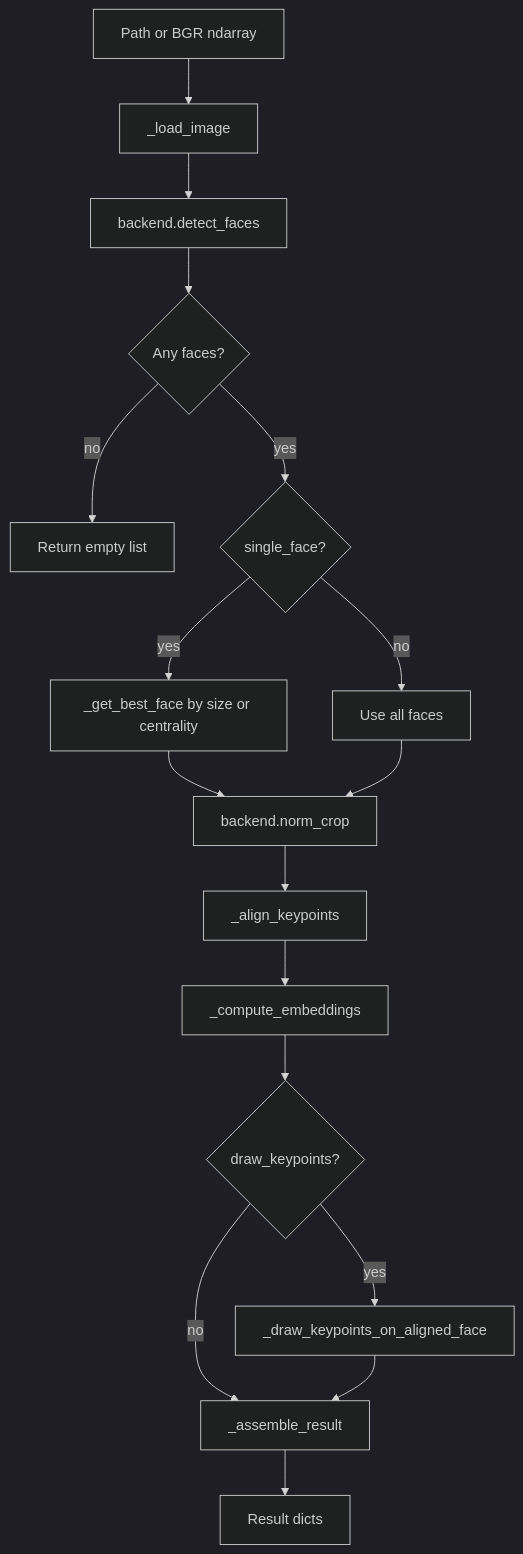
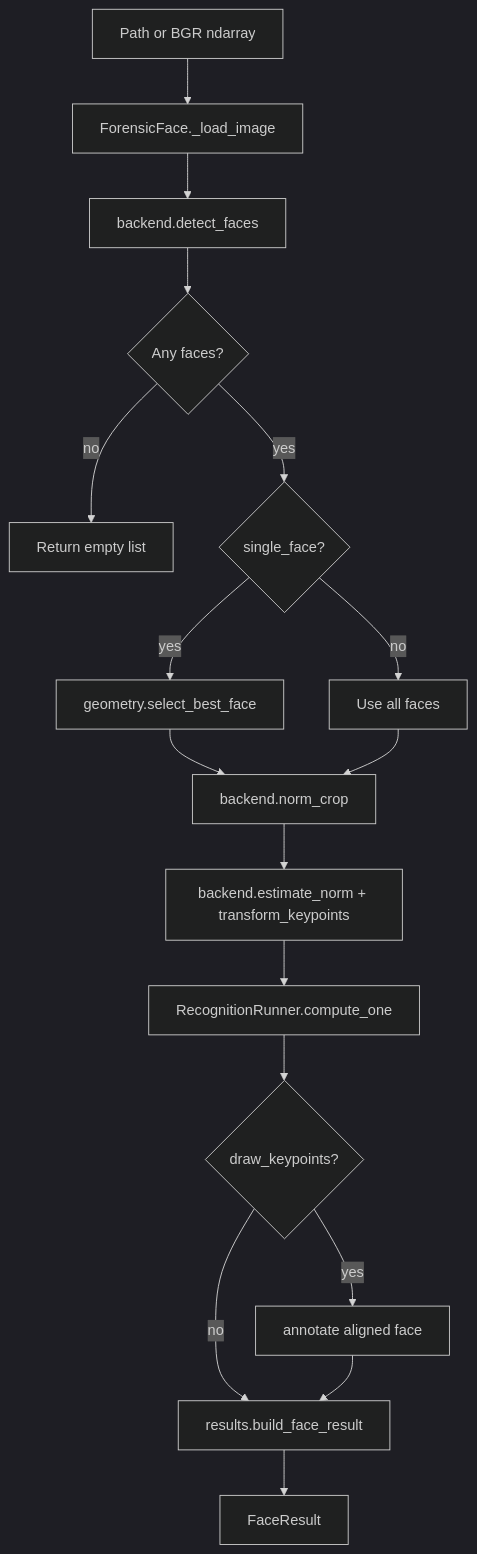
One commit to rafribeiro/forensicface changed the second of 4 diagrams in docs/architecture.md. Above: the diagram before and after it, drawn with Mermaid (dark theme). The commit also changed other lines of this file and 32 other files, not shown here.

````diff
--- a/docs/architecture.md
+++ b/docs/architecture.md
@@ -68,19 +67,19 @@
 ```mermaid
 flowchart TD
-    A[Path or BGR ndarray] --> B[_load_image]
+    A[Path or BGR ndarray] --> B[ForensicFace._load_image]
     B --> C[backend.detect_faces]
     C --> D{Any faces?}
     D -- no --> E[Return empty list]
     D -- yes --> F{single_face?}
-    F -- yes --> G[_get_best_face by size or centrality]
+    F -- yes --> G[geometry.select_best_face]
     F -- no --> H[Use all faces]
     G --> I[backend.norm_crop]
     H --> I
-    I --> J[_align_keypoints]
-    J --> K[_compute_embeddings]
+    I --> J[backend.estimate_norm + transform_keypoints]
+    J --> K[RecognitionRunner.compute_one]
     K --> L{draw_keypoints?}
-    L -- yes --> M[_draw_keypoints_on_aligned_face]
-    L -- no --> N[_assemble_result]
+    L -- yes --> M[annotate aligned face]
+    L -- no --> N[results.build_face_result]
     M --> N
-    N --> O[Result dicts]
+    N --> O[FaceResult]
 ```
````
